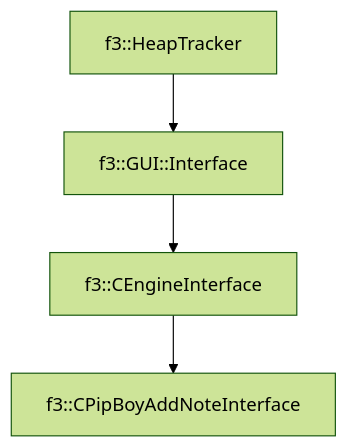
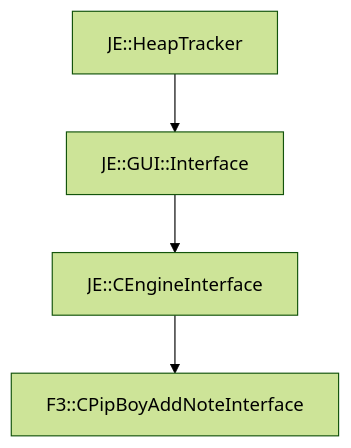
The diagram in docs/f3/CPipBoyAddNoteInterface.md (OpenJE/openvb), drawn with Mermaid (forest theme) before and after one commit. The commit also changed other lines of this file and 1399 other files, not shown here.

````diff
--- a/docs/f3/CPipBoyAddNoteInterface.md
+++ b/docs/f3/CPipBoyAddNoteInterface.md
@@ -18,6 +18,6 @@
 ```mermaid
 graph TD;
-    f3::HeapTracker --> f3::GUI::Interface
-    f3::GUI::Interface --> f3::CEngineInterface
-    f3::CEngineInterface --> f3::CPipBoyAddNoteInterface
+    JE::HeapTracker --> JE::GUI::Interface
+    JE::GUI::Interface --> JE::CEngineInterface
+    JE::CEngineInterface --> F3::CPipBoyAddNoteInterface
 ```
````
